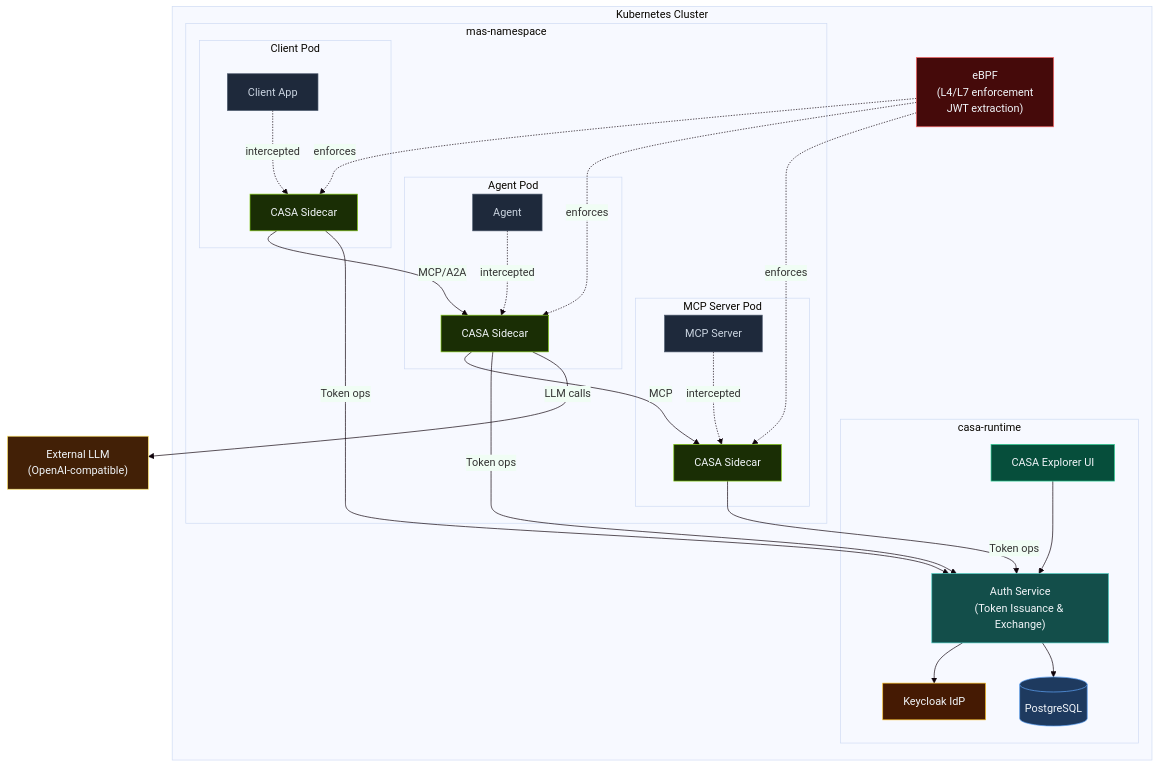
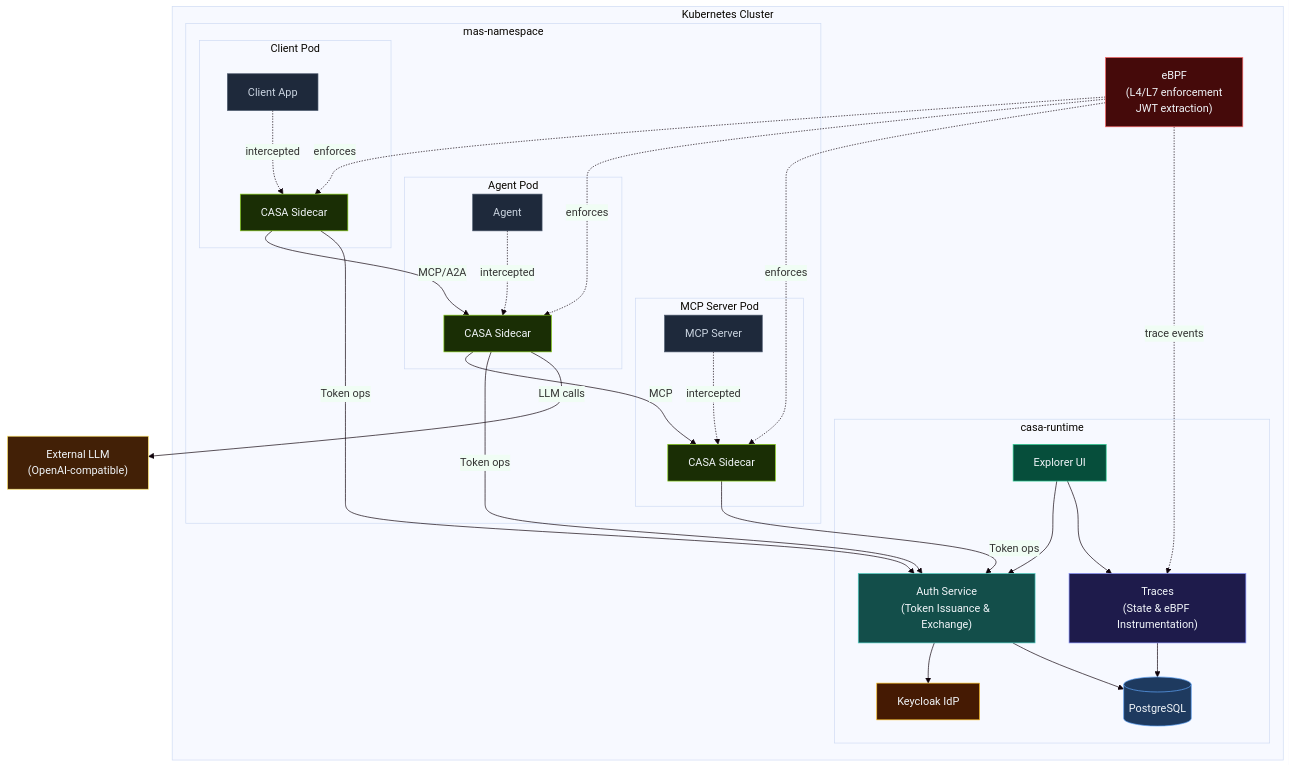
One commit to outshift-open/CASA changed the diagram in README.md. Above: the diagram before and after it, drawn with Mermaid. The commit also changed other lines of this file and 20 other files, not shown here.

````diff
--- a/README.md
+++ b/README.md
@@ -48,56 +48,61 @@
 ```mermaid
 %%{init: {'theme': 'base', 'themeVariables': {'background': '#f0fdf4', 'edgeLabelBackground': '#f0fdf4'}}}%%
 graph TB
     subgraph "Kubernetes Cluster"
         subgraph "casa-runtime"
             AUTH["Auth Service\n(Token Issuance & Exchange)"]
             KC["Keycloak IdP"]
             PG[("PostgreSQL")]
-            UI["CASA Explorer UI"]
+            UI["Explorer UI"]
+            TRACES["Traces\n(State & eBPF Instrumentation)"]
             AUTH --> KC
             AUTH --> PG
+            TRACES --> PG
             UI --> AUTH
+            UI --> TRACES
         end
 
         subgraph "mas-namespace"
             subgraph "Client Pod"
                 CL["Client App"]
                 CLS["CASA Sidecar"]
                 CL -.->|intercepted| CLS
             end
             subgraph "Agent Pod"
                 AG["Agent"]
                 AGS["CASA Sidecar"]
                 AG -.->|intercepted| AGS
             end
             subgraph "MCP Server Pod"
                 MCP["MCP Server"]
                 MCPS["CASA Sidecar"]
                 MCP -.->|intercepted| MCPS
             end
             CLS -->|"MCP/A2A"| AGS
             AGS -->|"MCP"| MCPS
         end
 
         EBPF["eBPF\n(L4/L7 enforcement\nJWT extraction)"]
         EBPF -.->|enforces| CLS
         EBPF -.->|enforces| AGS
         EBPF -.->|enforces| MCPS
+        EBPF -.->|"trace events"| TRACES
     end
 
     CLS & AGS & MCPS -->|"Token ops"| AUTH
     AGS -->|"LLM calls"| LLM["External LLM\n(OpenAI-compatible)"]
 
     style AUTH fill:#134e4a,stroke:#4ecdc4,color:#f1f5f9
     style KC   fill:#451a03,stroke:#fbbf24,color:#f1f5f9
     style PG   fill:#1e3a5f,stroke:#60a5fa,color:#f1f5f9
     style UI   fill:#064e3b,stroke:#34d399,color:#f1f5f9
     style CL   fill:#1e293b,stroke:#475569,color:#cbd5e1
     style CLS  fill:#1a2e05,stroke:#84cc16,color:#f1f5f9
     style AG   fill:#1e293b,stroke:#475569,color:#cbd5e1
     style AGS  fill:#1a2e05,stroke:#84cc16,color:#f1f5f9
     style MCP  fill:#1e293b,stroke:#475569,color:#cbd5e1
     style MCPS fill:#1a2e05,stroke:#84cc16,color:#f1f5f9
-    style EBPF fill:#450a0a,stroke:#ff6b6b,color:#f1f5f9
-    style LLM  fill:#422006,stroke:#ffe66d,color:#f1f5f9
+    style EBPF   fill:#450a0a,stroke:#ff6b6b,color:#f1f5f9
+    style LLM    fill:#422006,stroke:#ffe66d,color:#f1f5f9
+    style TRACES fill:#1e1b4b,stroke:#818cf8,color:#f1f5f9
 ```
````
